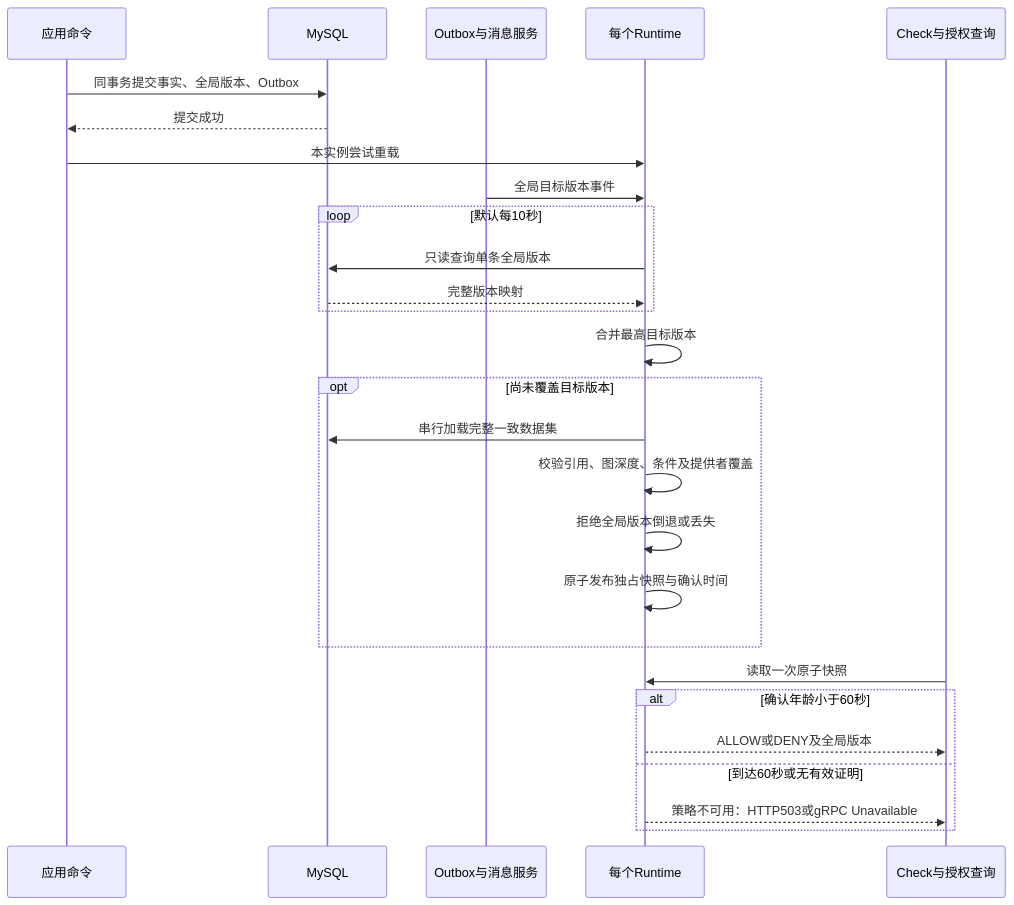
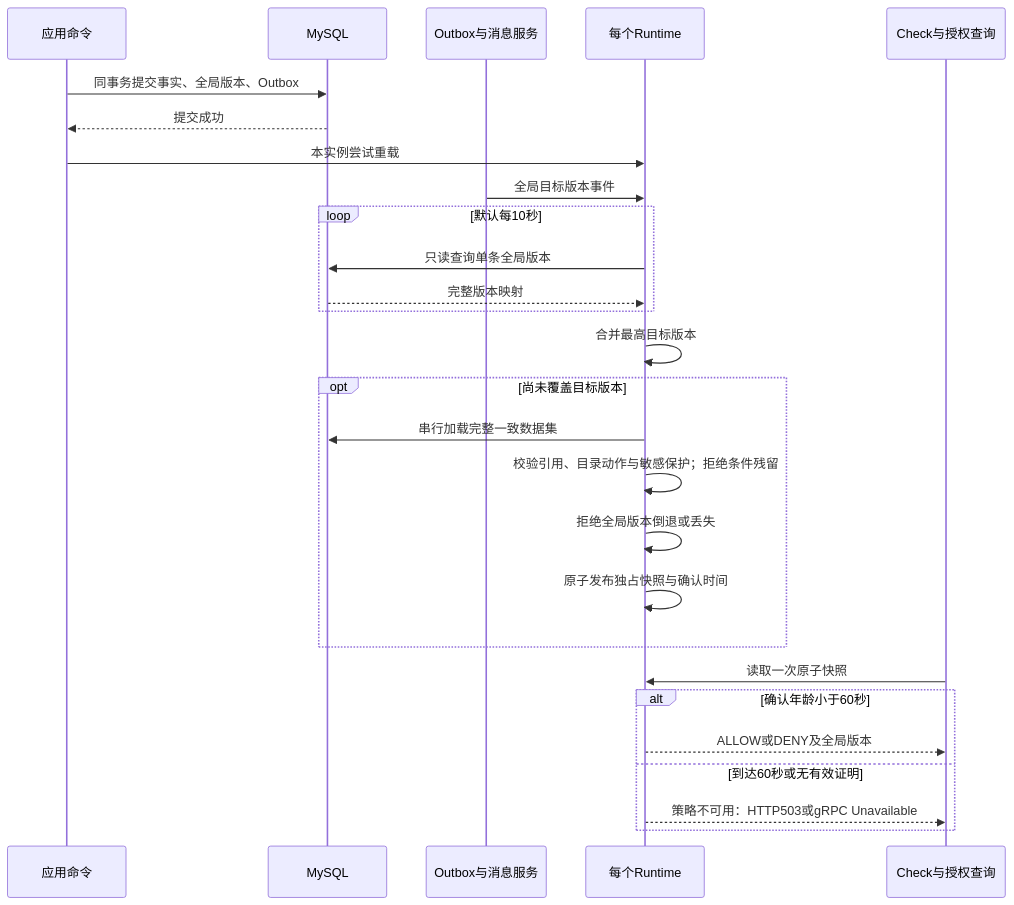
One commit to FangcunMount/iam-contracts changed the diagram in docs/02-业务模块/03-AuthZ/04-关键链路-多实例策略收敛.md. Above: the diagram before and after it, drawn with Mermaid. The commit also changed other lines of this file and 162 other files, not shown here.

````diff
--- a/docs/02-业务模块/03-AuthZ/04-关键链路-多实例策略收敛.md
+++ b/docs/02-业务模块/03-AuthZ/04-关键链路-多实例策略收敛.md
@@ -9,29 +9,29 @@
 ```mermaid
 sequenceDiagram
     participant A as 应用命令
     participant DB as MySQL
     participant E as Outbox与消息服务
     participant R as 每个Runtime
     participant Q as Check与授权查询
     A->>DB: 同事务提交事实、全局版本、Outbox
     DB-->>A: 提交成功
     A->>R: 本实例尝试重载
     E->>R: 全局目标版本事件
     loop 默认每10秒
         R->>DB: 只读查询单条全局版本
         DB-->>R: 完整版本映射
     end
     R->>R: 合并最高目标版本
     opt 尚未覆盖目标版本
         R->>DB: 串行加载完整一致数据集
-        R->>R: 校验引用、图深度、条件及提供者覆盖
+        R->>R: 校验引用、目录动作与敏感保护；拒绝条件残留
         R->>R: 拒绝全局版本倒退或丢失
         R->>R: 原子发布独占快照与确认时间
     end
     Q->>R: 读取一次原子快照
     alt 确认年龄小于60秒
         R-->>Q: ALLOW或DENY及全局版本
     else 到达60秒或无有效证明
         R-->>Q: 策略不可用：HTTP503或gRPC Unavailable
     end
 ```
````
